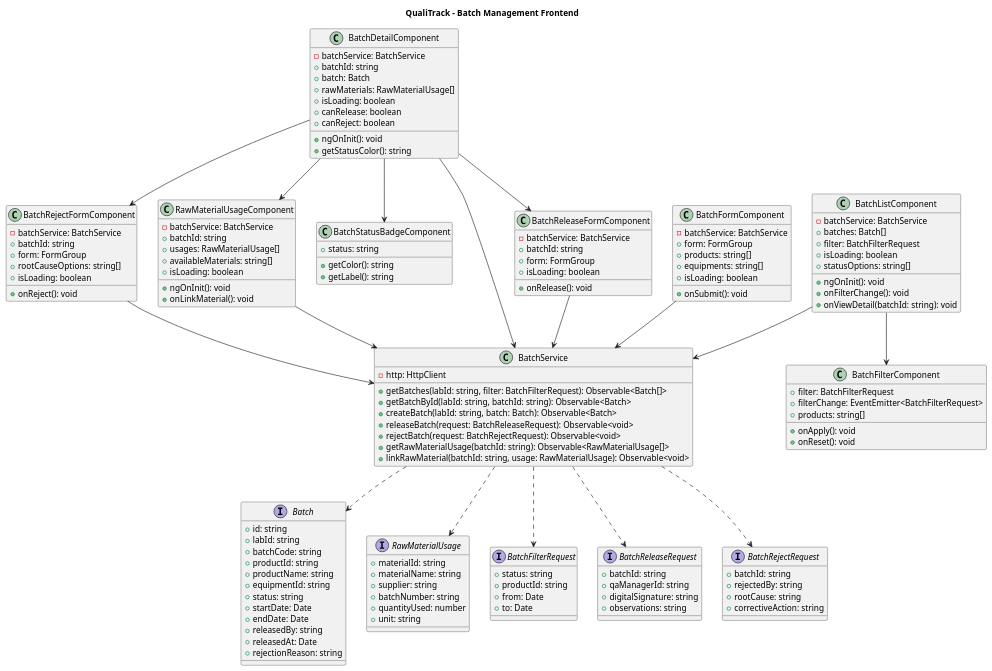
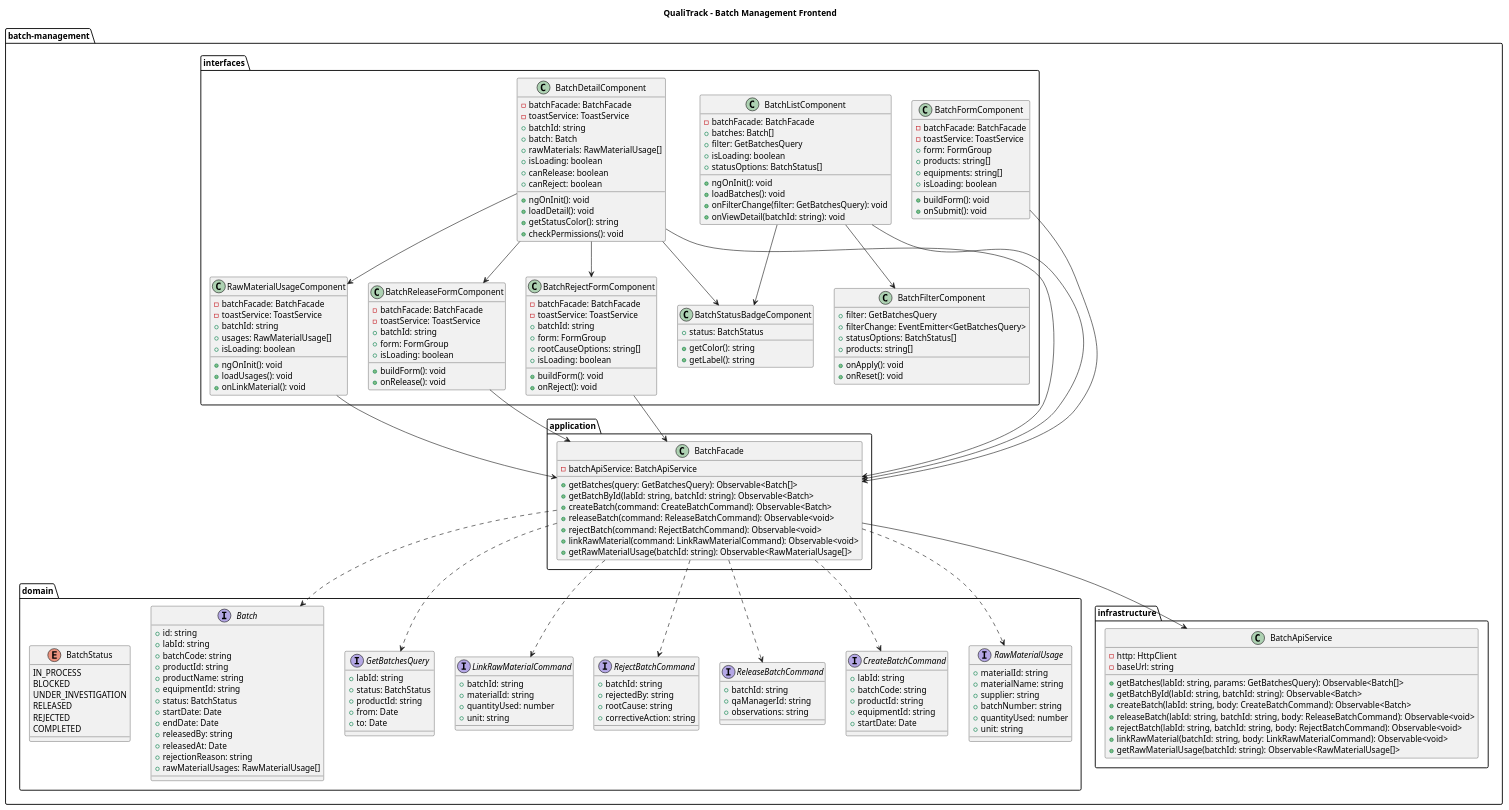
The diagram in docs/diagrams/batch/batch-frontend-diagram.puml (ClosedSource-11848/ClosedSource-Frontend), drawn with PlantUML before and after one commit.

Commit message:
feat(docs): fix batch management frontend diagram.

```diff
--- a/docs/diagrams/batch/batch-frontend-diagram.puml
+++ b/docs/diagrams/batch/batch-frontend-diagram.puml
@@ -1,151 +1,219 @@
 @startuml batch-frontend-diagram
 title QualiTrack – Batch Management Frontend
 
-interface Batch {
-  +id: string
-  +labId: string
-  +batchCode: string
-  +productId: string
-  +productName: string
-  +equipmentId: string
-  +status: string
-  +startDate: Date
-  +endDate: Date
-  +releasedBy: string
-  +releasedAt: Date
-  +rejectionReason: string
+package "batch-management" {
+
+  package "domain" {
+
+    interface Batch {
+      +id: string
+      +labId: string
+      +batchCode: string
+      +productId: string
+      +productName: string
+      +equipmentId: string
+      +status: BatchStatus
+      +startDate: Date
+      +endDate: Date
+      +releasedBy: string
+      +releasedAt: Date
+      +rejectionReason: string
+      +rawMaterialUsages: RawMaterialUsage[]
+    }
+
+    interface RawMaterialUsage {
+      +materialId: string
+      +materialName: string
+      +supplier: string
+      +batchNumber: string
+      +quantityUsed: number
+      +unit: string
+    }
+
+    interface CreateBatchCommand {
+      +labId: string
+      +batchCode: string
+      +productId: string
+      +equipmentId: string
+      +startDate: Date
+    }
+
+    interface ReleaseBatchCommand {
+      +batchId: string
+      +qaManagerId: string
+      +observations: string
+    }
+
+    interface RejectBatchCommand {
+      +batchId: string
+      +rejectedBy: string
+      +rootCause: string
+      +correctiveAction: string
+    }
+
+    interface LinkRawMaterialCommand {
+      +batchId: string
+      +materialId: string
+      +quantityUsed: number
+      +unit: string
+    }
+
+    interface GetBatchesQuery {
+      +labId: string
+      +status: BatchStatus
+      +productId: string
+      +from: Date
+      +to: Date
+    }
+
+    enum BatchStatus {
+      IN_PROCESS
+      BLOCKED
+      UNDER_INVESTIGATION
+      RELEASED
+      REJECTED
+      COMPLETED
+    }
+  }
+
+  package "application" {
+
+    class BatchFacade {
+      -batchApiService: BatchApiService
+      +getBatches(query: GetBatchesQuery): Observable<Batch[]>
+      +getBatchById(labId: string, batchId: string): Observable<Batch>
+      +createBatch(command: CreateBatchCommand): Observable<Batch>
+      +releaseBatch(command: ReleaseBatchCommand): Observable<void>
+      +rejectBatch(command: RejectBatchCommand): Observable<void>
+      +linkRawMaterial(command: LinkRawMaterialCommand): Observable<void>
+      +getRawMaterialUsage(batchId: string): Observable<RawMaterialUsage[]>
+    }
+  }
+
+  package "infrastructure" {
+
+    class BatchApiService {
+      -http: HttpClient
+      -baseUrl: string
+      +getBatches(labId: string, params: GetBatchesQuery): Observable<Batch[]>
+      +getBatchById(labId: string, batchId: string): Observable<Batch>
+      +createBatch(labId: string, body: CreateBatchCommand): Observable<Batch>
+      +releaseBatch(labId: string, batchId: string, body: ReleaseBatchCommand): Observable<void>
+      +rejectBatch(labId: string, batchId: string, body: RejectBatchCommand): Observable<void>
+      +linkRawMaterial(batchId: string, body: LinkRawMaterialCommand): Observable<void>
+      +getRawMaterialUsage(batchId: string): Observable<RawMaterialUsage[]>
+    }
+  }
+
+  package "interfaces" {
+
+    class BatchListComponent {
+      -batchFacade: BatchFacade
+      +batches: Batch[]
+      +filter: GetBatchesQuery
+      +isLoading: boolean
+      +statusOptions: BatchStatus[]
+      +ngOnInit(): void
+      +loadBatches(): void
+      +onFilterChange(filter: GetBatchesQuery): void
+      +onViewDetail(batchId: string): void
+    }
+
+    class BatchFilterComponent {
+      +filter: GetBatchesQuery
+      +filterChange: EventEmitter<GetBatchesQuery>
+      +statusOptions: BatchStatus[]
+      +products: string[]
+      +onApply(): void
+      +onReset(): void
+    }
+
+    class BatchDetailComponent {
+      -batchFacade: BatchFacade
+      -toastService: ToastService
+      +batchId: string
+      +batch: Batch
+      +rawMaterials: RawMaterialUsage[]
+      +isLoading: boolean
+      +canRelease: boolean
+      +canReject: boolean
+      +ngOnInit(): void
+      +loadDetail(): void
+      +getStatusColor(): string
+      +checkPermissions(): void
+    }
+
+    class BatchFormComponent {
+      -batchFacade: BatchFacade
+      -toastService: ToastService
+      +form: FormGroup
+      +products: string[]
+      +equipments: string[]
+      +isLoading: boolean
+      +buildForm(): void
+      +onSubmit(): void
+    }
+
+    class BatchReleaseFormComponent {
+      -batchFacade: BatchFacade
+      -toastService: ToastService
+      +batchId: string
+      +form: FormGroup
+      +isLoading: boolean
+      +buildForm(): void
+      +onRelease(): void
+    }
+
+    class BatchRejectFormComponent {
+      -batchFacade: BatchFacade
+      -toastService: ToastService
+      +batchId: string
+      +form: FormGroup
+      +rootCauseOptions: string[]
+      +isLoading: boolean
+      +buildForm(): void
+      +onReject(): void
+    }
+
+    class RawMaterialUsageComponent {
+      -batchFacade: BatchFacade
+      -toastService: ToastService
+      +batchId: string
+      +usages: RawMaterialUsage[]
+      +isLoading: boolean
+      +ngOnInit(): void
+      +loadUsages(): void
+      +onLinkMaterial(): void
+    }
+
+    class BatchStatusBadgeComponent {
+      +status: BatchStatus
+      +getColor(): string
+      +getLabel(): string
+    }
+  }
 }
 
-interface RawMaterialUsage {
-  +materialId: string
-  +materialName: string
-  +supplier: string
-  +batchNumber: string
-  +quantityUsed: number
-  +unit: string
-}
+BatchFacade --> BatchApiService
+BatchFacade ..> Batch
+BatchFacade ..> RawMaterialUsage
+BatchFacade ..> CreateBatchCommand
+BatchFacade ..> ReleaseBatchCommand
+BatchFacade ..> RejectBatchCommand
+BatchFacade ..> LinkRawMaterialCommand
+BatchFacade ..> GetBatchesQuery
 
-interface BatchFilterRequest {
-  +status: string
-  +productId: string
-  +from: Date
-  +to: Date
-}
-
-interface BatchReleaseRequest {
-  +batchId: string
-  +qaManagerId: string
-  +digitalSignature: string
-  +observations: string
-}
-
-interface BatchRejectRequest {
-  +batchId: string
-  +rejectedBy: string
-  +rootCause: string
-  +correctiveAction: string
-}
-
-class BatchService {
-  -http: HttpClient
-  +getBatches(labId: string, filter: BatchFilterRequest): Observable<Batch[]>
-  +getBatchById(labId: string, batchId: string): Observable<Batch>
-  +createBatch(labId: string, batch: Batch): Observable<Batch>
-  +releaseBatch(request: BatchReleaseRequest): Observable<void>
-  +rejectBatch(request: BatchRejectRequest): Observable<void>
-  +getRawMaterialUsage(batchId: string): Observable<RawMaterialUsage[]>
-  +linkRawMaterial(batchId: string, usage: RawMaterialUsage): Observable<void>
-}
-
-class BatchListComponent {
-  -batchService: BatchService
-  +batches: Batch[]
-  +filter: BatchFilterRequest
-  +isLoading: boolean
-  +statusOptions: string[]
-  +ngOnInit(): void
-  +onFilterChange(): void
-  +onViewDetail(batchId: string): void
-}
-
-class BatchFilterComponent {
-  +filter: BatchFilterRequest
-  +filterChange: EventEmitter<BatchFilterRequest>
-  +products: string[]
-  +onApply(): void
-  +onReset(): void
-}
-
-class BatchDetailComponent {
-  -batchService: BatchService
-  +batchId: string
-  +batch: Batch
-  +rawMaterials: RawMaterialUsage[]
-  +isLoading: boolean
-  +canRelease: boolean
-  +canReject: boolean
-  +ngOnInit(): void
-  +getStatusColor(): string
-}
-
-class BatchFormComponent {
-  -batchService: BatchService
-  +form: FormGroup
-  +products: string[]
-  +equipments: string[]
-  +isLoading: boolean
-  +onSubmit(): void
-}
-
-class BatchReleaseFormComponent {
-  -batchService: BatchService
-  +batchId: string
-  +form: FormGroup
-  +isLoading: boolean
-  +onRelease(): void
-}
-
-class BatchRejectFormComponent {
-  -batchService: BatchService
-  +batchId: string
-  +form: FormGroup
-  +rootCauseOptions: string[]
-  +isLoading: boolean
-  +onReject(): void
-}
-
-class RawMaterialUsageComponent {
-  -batchService: BatchService
-  +batchId: string
-  +usages: RawMaterialUsage[]
-  +availableMaterials: string[]
-  +isLoading: boolean
-  +ngOnInit(): void
-  +onLinkMaterial(): void
-}
-
-class BatchStatusBadgeComponent {
-  +status: string
-  +getColor(): string
-  +getLabel(): string
-}
-
-BatchListComponent --> BatchService
+BatchListComponent --> BatchFacade
 BatchListComponent --> BatchFilterComponent
-BatchDetailComponent --> BatchService
+BatchListComponent --> BatchStatusBadgeComponent
+BatchDetailComponent --> BatchFacade
 BatchDetailComponent --> BatchReleaseFormComponent
 BatchDetailComponent --> BatchRejectFormComponent
 BatchDetailComponent --> RawMaterialUsageComponent
 BatchDetailComponent --> BatchStatusBadgeComponent
-BatchFormComponent --> BatchService
-BatchReleaseFormComponent --> BatchService
-BatchRejectFormComponent --> BatchService
-RawMaterialUsageComponent --> BatchService
-
-BatchService ..> Batch
-BatchService ..> RawMaterialUsage
-BatchService ..> BatchFilterRequest
-BatchService ..> BatchReleaseRequest
-BatchService ..> BatchRejectRequest
+BatchFormComponent --> BatchFacade
+BatchReleaseFormComponent --> BatchFacade
+BatchRejectFormComponent --> BatchFacade
+RawMaterialUsageComponent --> BatchFacade
 
 @enduml
```
